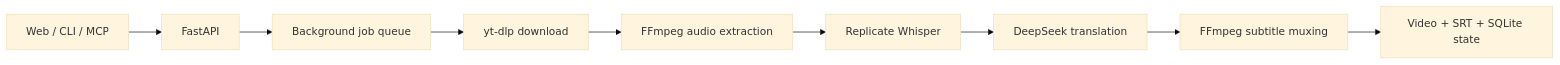
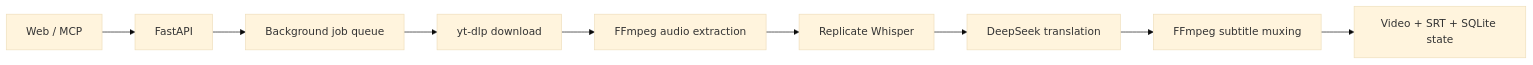
Before and after one commit to S-zhi/LynxSense: the second of 2 diagrams in README.en.md, drawn with Mermaid (base theme). The commit also changed other lines of this file and 1 other file, not shown here.

````diff
--- a/README.en.md
+++ b/README.en.md
@@ -223,11 +216,11 @@
 ```mermaid
 flowchart LR
-    Client["Web / CLI / MCP"] --> API["FastAPI"]
+    Client["Web / MCP"] --> API["FastAPI"]
     API --> Runner["Background job queue"]
     Runner --> Download["yt-dlp download"]
     Download --> Audio["FFmpeg audio extraction"]
     Audio --> ASR["Replicate Whisper"]
     ASR --> Translate["DeepSeek translation"]
     Translate --> Burn["FFmpeg subtitle muxing"]
     Burn --> Store["Video + SRT + SQLite state"]
 ```
````
